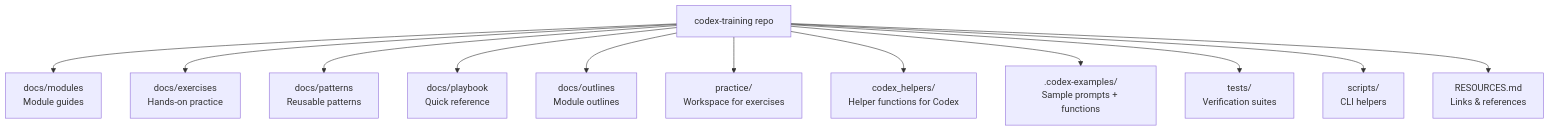
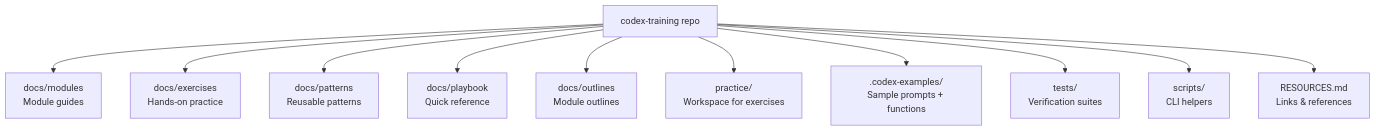
Before and after one commit to lbijeau/codex-training: the second of 2 diagrams in README.md, drawn with Mermaid. The commit also changed other lines of this file and 1 other file, not shown here.

````diff
--- a/README.md
+++ b/README.md
@@ -37,15 +37,14 @@
 ```mermaid
 graph TB
     ROOT["codex-training repo"]
     ROOT --> modules["docs/modules\nModule guides"]
     ROOT --> exercises["docs/exercises\nHands-on practice"]
     ROOT --> patterns["docs/patterns\nReusable patterns"]
     ROOT --> playbook["docs/playbook\nQuick reference"]
     ROOT --> outlines["docs/outlines\nModule outlines"]
     ROOT --> practice["practice/\nWorkspace for exercises"]
-    ROOT --> helpers["codex_helpers/\nHelper functions for Codex"]
     ROOT --> codexExamples[".codex-examples/\nSample prompts + functions"]
     ROOT --> tests["tests/\nVerification suites"]
     ROOT --> scripts["scripts/\nCLI helpers"]
     ROOT --> resources["RESOURCES.md\nLinks & references"]
 ```
````
